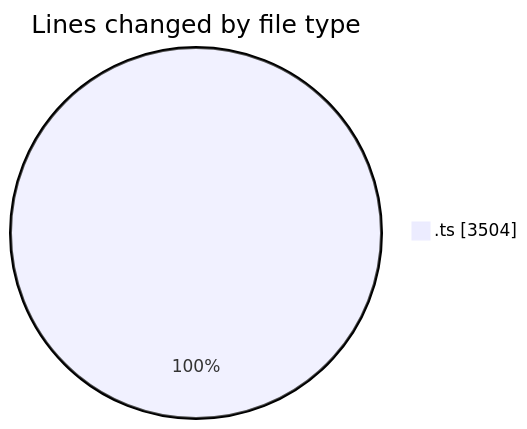
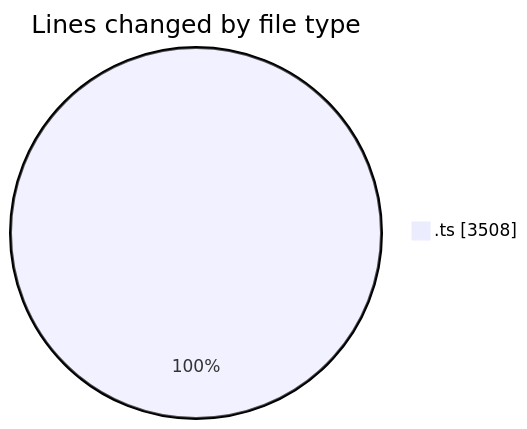
Before and after one commit to momahboobian/code-tracking: the first of 2 diagrams in 2025-10-23/cda/README.md, drawn with Mermaid. The commit also changed other lines of this file and 1 other file, not shown here.

````diff
--- a/2025-10-23/cda/README.md
+++ b/2025-10-23/cda/README.md
@@ -24,5 +24,5 @@
 ```mermaid
 pie showData
 title Lines changed by file type
-".ts" : 3504
+".ts" : 3508
 ```
````
